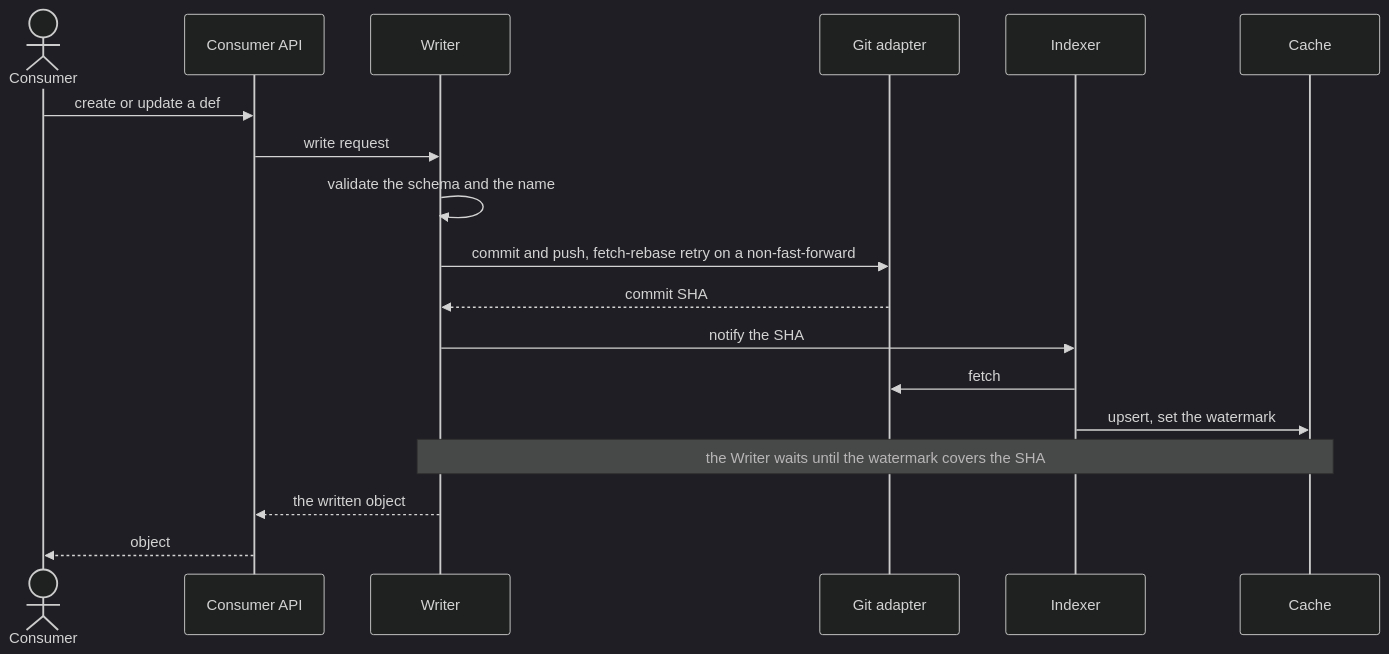
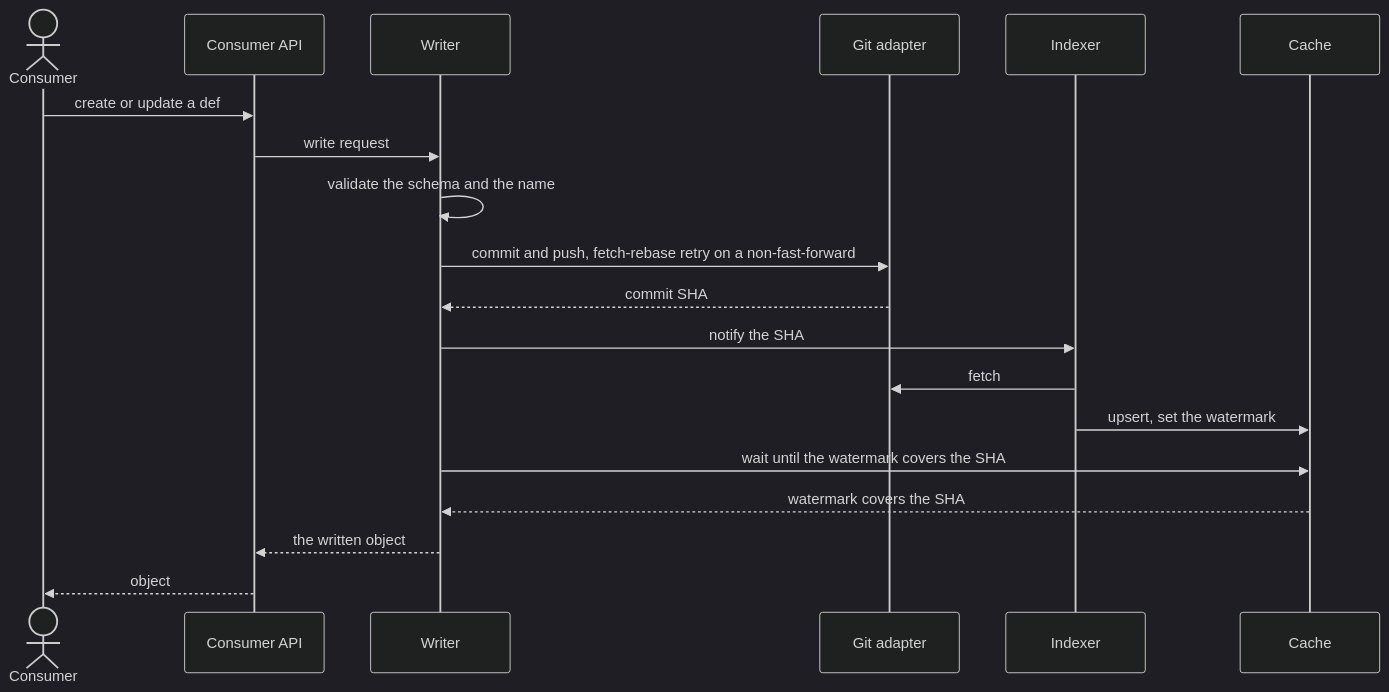
Before and after one commit to Netcracker/qubership-envgene: the fifth of 5 diagrams in docs/analysis/app-reg-def-service/design/architecture.md, drawn with Mermaid (dark theme). The commit also changed other lines of this file, not shown here.

First line of the commit message:
docs: address architecture.md review (round 1)

````diff
--- a/docs/analysis/app-reg-def-service/design/architecture.md
+++ b/docs/analysis/app-reg-def-service/design/architecture.md
@@ -105,20 +110,21 @@
 ```mermaid
 sequenceDiagram
   actor C as Consumer
   participant API as Consumer API
   participant W as Writer
   participant GA as Git adapter
   participant IX as Indexer
   participant Cache
   C->>API: create or update a def
   API->>W: write request
   W->>W: validate the schema and the name
   W->>GA: commit and push, fetch-rebase retry on a non-fast-forward
   GA-->>W: commit SHA
   W->>IX: notify the SHA
   IX->>GA: fetch
   IX->>Cache: upsert, set the watermark
-  Note over W,Cache: the Writer waits until the watermark covers the SHA
+  W->>Cache: wait until the watermark covers the SHA
+  Cache-->>W: watermark covers the SHA
   W-->>API: the written object
   API-->>C: object
 ```
````
